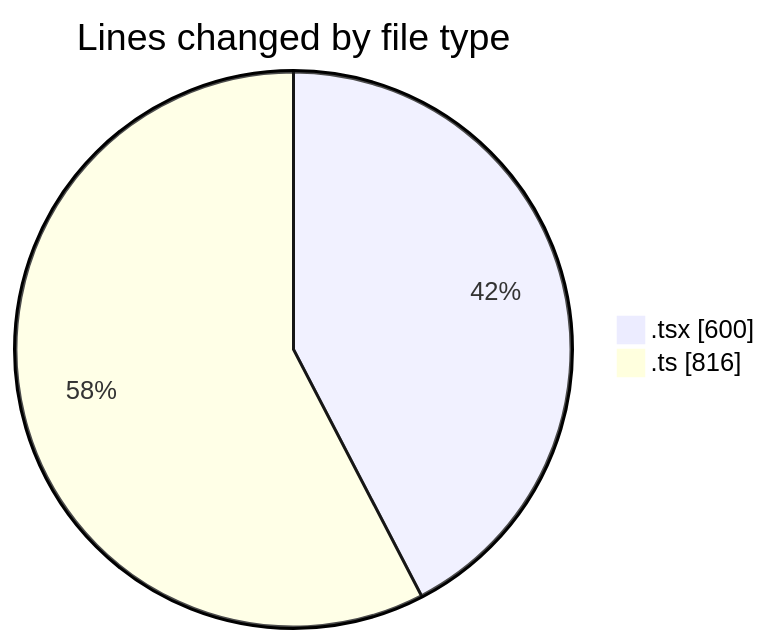
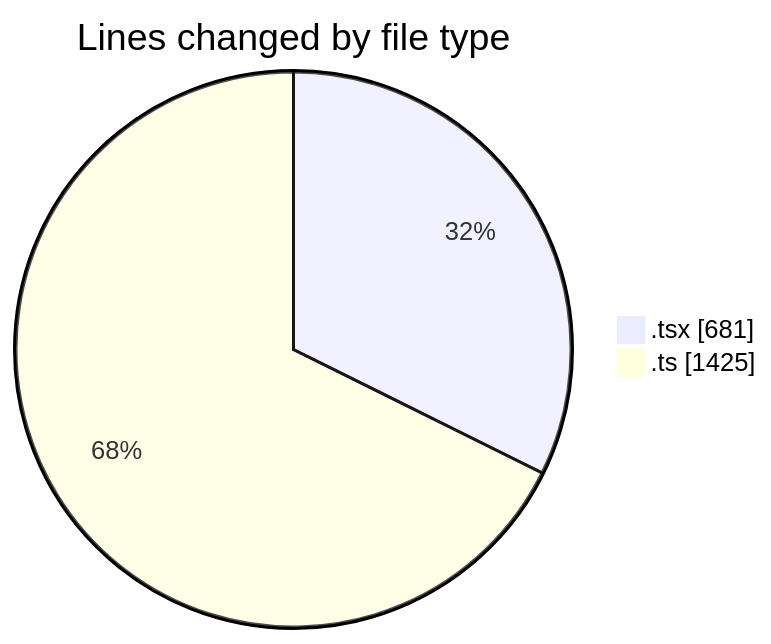
Before and after one commit to julien-gomy/code-tracking: the first of 2 diagrams in 2025-10-14/eventscop-frontend-guide__workspace_/README.md, drawn with Mermaid. The commit also changed other lines of this file and 1 other file, not shown here.

````diff
--- a/2025-10-14/eventscop-frontend-guide__workspace_/README.md
+++ b/2025-10-14/eventscop-frontend-guide__workspace_/README.md
@@ -31,6 +35,6 @@
 ```mermaid
 pie showData
 title Lines changed by file type
-".tsx" : 600
-".ts" : 816
+".tsx" : 681
+".ts" : 1425
 ```
````
